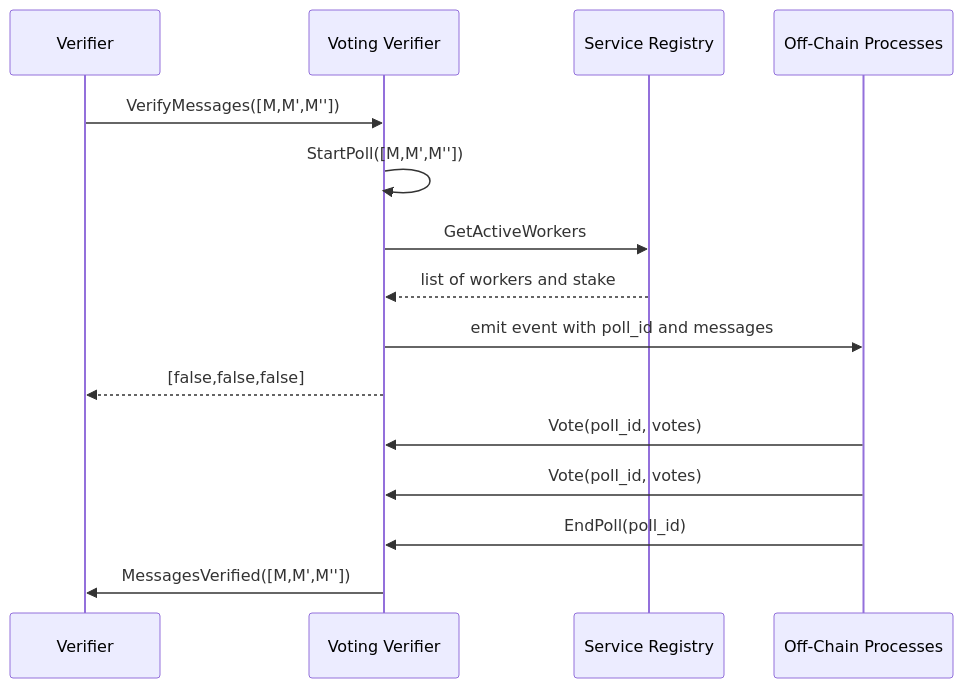
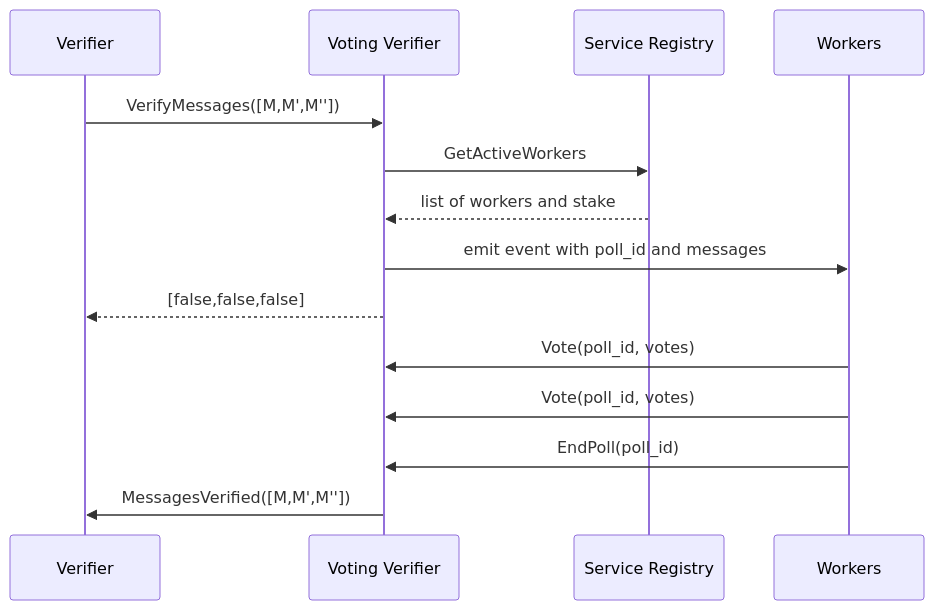
Before and after one commit to axelarnetwork/axelar-amplifier: the second of 2 diagrams in doc/src/contracts/voting_verifier.md, drawn with Mermaid. The commit also changed other lines of this file, not shown here.

````diff
--- a/doc/src/contracts/voting_verifier.md
+++ b/doc/src/contracts/voting_verifier.md
@@ -31,24 +74,23 @@
 ```mermaid
 sequenceDiagram
 participant Verifier
 participant Voting Verifier
 participant Service Registry
-participant OC as Off-Chain Processes
+participant OC as Workers
 
 
 Verifier->>Voting Verifier: VerifyMessages([M,M',M''])
 
-Voting Verifier->>Voting Verifier: StartPoll([M,M',M''])
 Voting Verifier->>Service Registry: GetActiveWorkers
 Service Registry-->>Voting Verifier: list of workers and stake
 Voting Verifier->>OC: emit event with poll_id and messages
 Voting Verifier-->>Verifier: [false,false,false]
 
 OC->>Voting Verifier: Vote(poll_id, votes)
 OC->>Voting Verifier: Vote(poll_id, votes)
 
 OC->>Voting Verifier: EndPoll(poll_id)
 Voting Verifier->>Verifier: MessagesVerified([M,M',M''])
 
 
 ```
````
